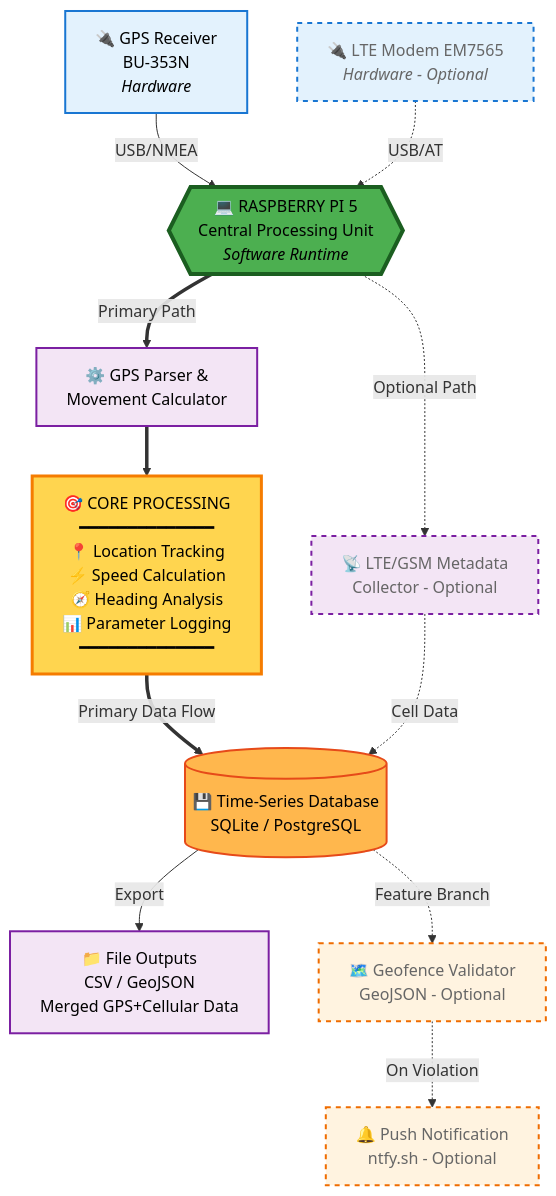
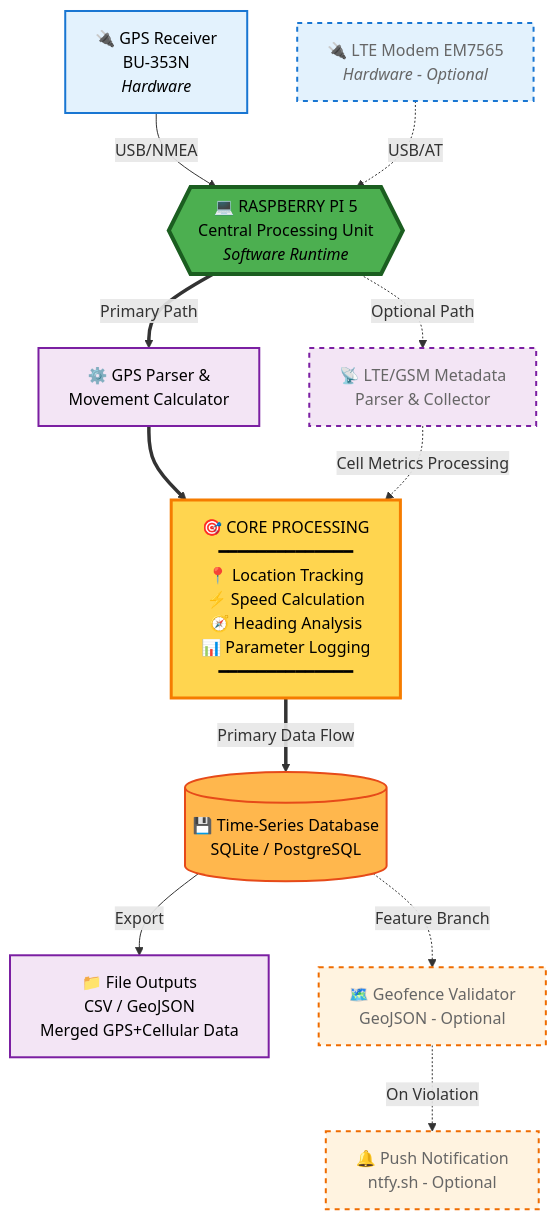
The diagram in README.md (cramos93/Raspberry-Pi-GPS-Cellular-Data-Logger), drawn with Mermaid before and after one commit. The commit also changed other lines of this file, not shown here.

Commit message:
README.md

````diff
--- a/README.md
+++ b/README.md
@@ -74,40 +76,40 @@
 ```mermaid
 graph TB
     GPS["🔌 GPS Receiver<br/>BU-353N<br/><i>Hardware</i>"]
     LTE["🔌 LTE Modem EM7565<br/><i>Hardware - Optional</i>"]
     
     GPS -->|USB/NMEA| PI{{"💻 RASPBERRY PI 5<br/>Central Processing Unit<br/><i>Software Runtime</i>"}}
     LTE -.->|USB/AT| PI
     
     PI ==>|"Primary Path"| PARSE["⚙️ GPS Parser &<br/>Movement Calculator"]
-    PI -.->|"Optional Path"| META["📡 LTE/GSM Metadata<br/>Collector - Optional"]
+    PI -.->|"Optional Path"| META["📡 LTE/GSM Metadata<br/>Parser & Collector"]
     
     PARSE ==> CORE["🎯 CORE PROCESSING<br/>━━━━━━━━━━━━━━<br/>📍 Location Tracking<br/>⚡ Speed Calculation<br/>🧭 Heading Analysis<br/>📊 Parameter Logging<br/>━━━━━━━━━━━━━━"]
+    META -.->|"Cell Metrics Processing"| CORE
     
     CORE ==>|"Primary Data Flow"| DB[("💾 Time-Series Database<br/>SQLite / PostgreSQL")]
-    META -.->|"Cell Data"| DB
     
     DB -->|"Export"| FILES["📁 File Outputs<br/>CSV / GeoJSON<br/>Merged GPS+Cellular Data"]
     
     DB -.->|"Feature Branch"| FENCE["🗺️ Geofence Validator<br/>GeoJSON - Optional"]
     FENCE -.->|"On Violation"| NOTIFY["🔔 Push Notification<br/>ntfy.sh - Optional"]
     
     classDef hardware fill:#e3f2fd,stroke:#1976d2,stroke-width:2px,color:#000
     classDef hardwareOpt fill:#e3f2fd,stroke:#1976d2,stroke-width:2px,stroke-dasharray: 5 5,color:#666
     classDef central fill:#4caf50,stroke:#1b5e20,stroke-width:4px,color:#000
     classDef core fill:#ffd54f,stroke:#f57c00,stroke-width:3px,color:#000
     classDef software fill:#f3e5f5,stroke:#7b1fa2,stroke-width:2px,color:#000
     classDef softwareOpt fill:#f3e5f5,stroke:#7b1fa2,stroke-width:2px,stroke-dasharray: 5 5,color:#666
     classDef database fill:#ffb74d,stroke:#e64a19,stroke-width:2px,color:#000
     classDef optional fill:#fff3e0,stroke:#ef6c00,stroke-width:2px,stroke-dasharray: 5 5,color:#666
     
     class GPS hardware
     class LTE hardwareOpt
     class PI central
     class PARSE software
     class CORE core
     class DB database
     class FILES software
     class META softwareOpt
     class FENCE,NOTIFY optional
 ```
````
